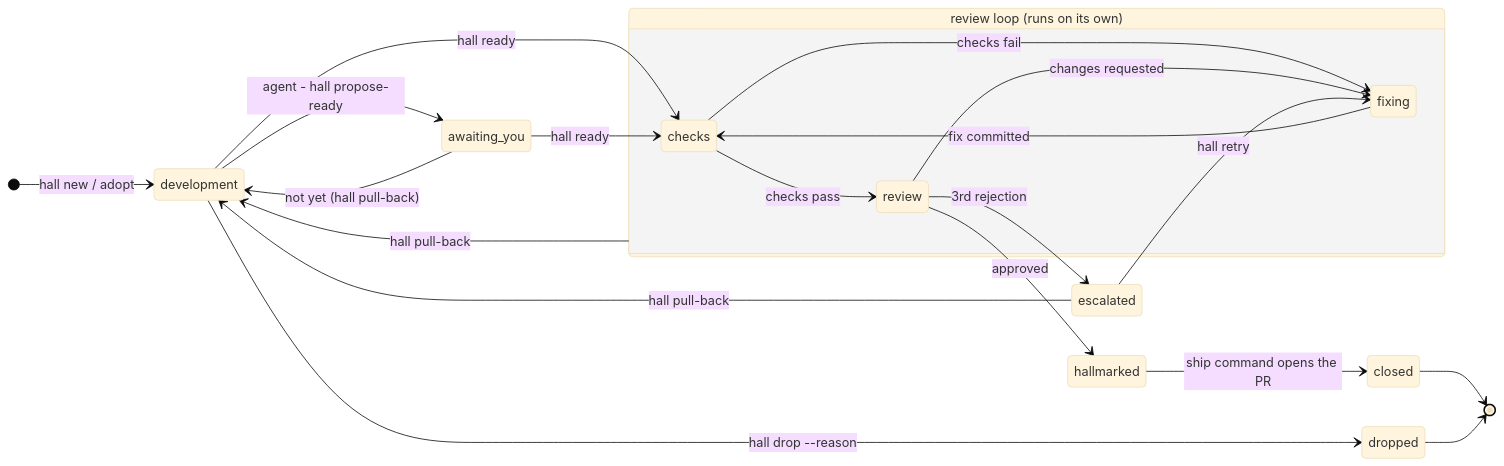
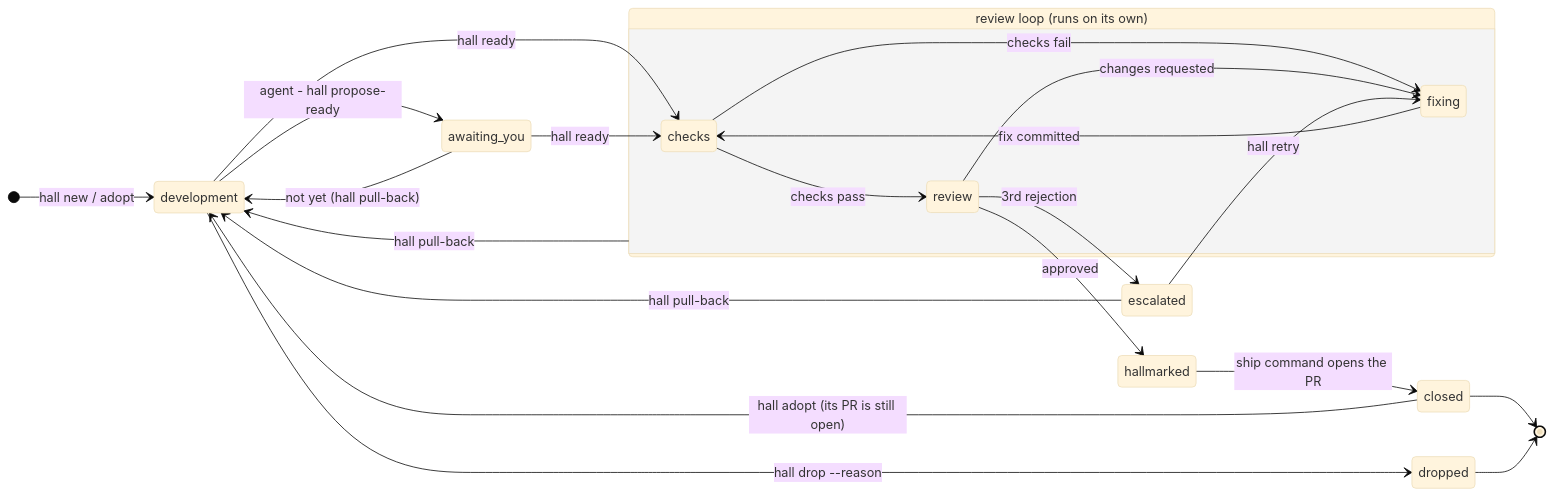
One commit to tiagocolombo/hallmark changed the diagram in README.md. Above: the diagram before and after it, drawn with Mermaid (base theme). The commit also changed other lines of this file and 20 other files, not shown here.

First line of the commit message:
Adopt open PRs: reopen shipped items for rebases and conflict fixes (#20)

````diff
--- a/README.md
+++ b/README.md
@@ -70,24 +70,25 @@
 ```mermaid
 stateDiagram-v2
     direction LR
     [*] --> development: hall new / adopt
     development --> awaiting_you: agent - hall propose-ready
     awaiting_you --> development: not yet (hall pull-back)
     development --> checks: hall ready
     awaiting_you --> checks: hall ready
     state "review loop (runs on its own)" as loop {
         checks --> review: checks pass
         checks --> fixing: checks fail
         review --> fixing: changes requested
         fixing --> checks: fix committed
     }
     review --> escalated: 3rd rejection
     escalated --> fixing: hall retry
     review --> hallmarked: approved
     hallmarked --> closed: ship command opens the PR
     loop --> development: hall pull-back
     escalated --> development: hall pull-back
     development --> dropped: hall drop --reason
+    closed --> development: hall adopt (its PR is still open)
     closed --> [*]
     dropped --> [*]
 ```
````
